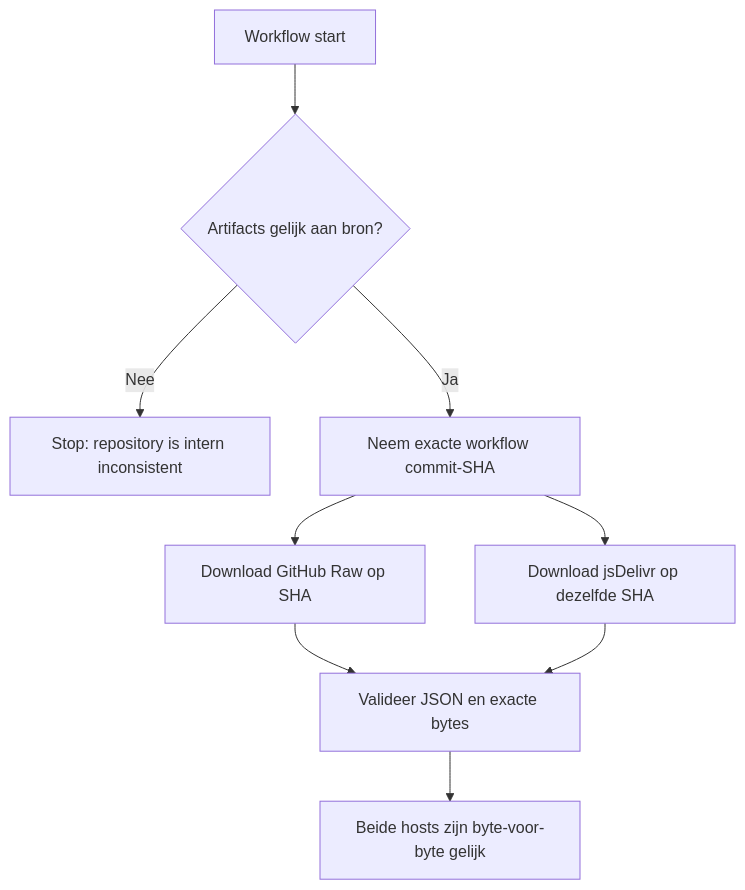
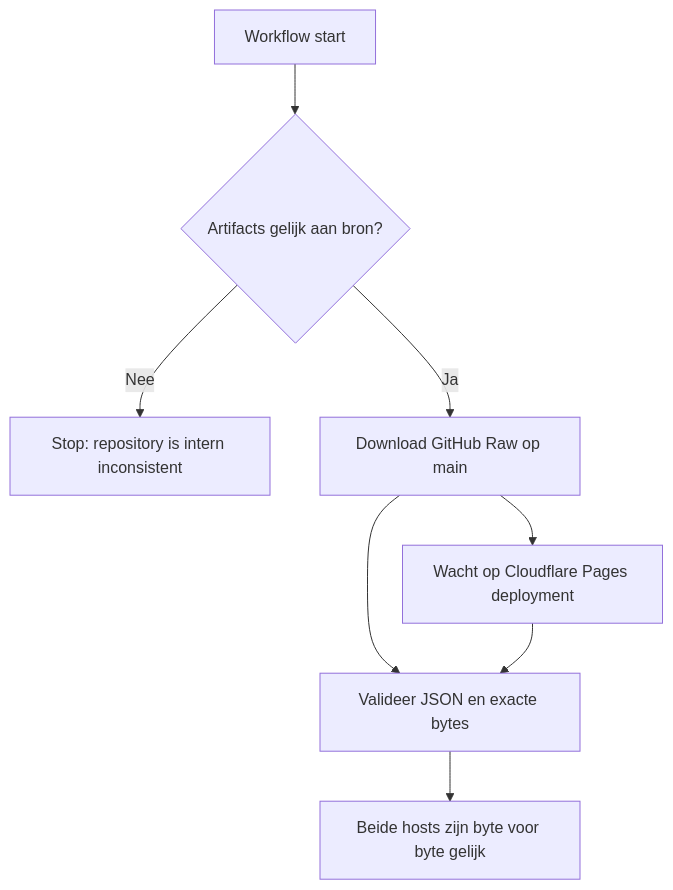
One commit to PRAxISDEVELOPMENT/mypraxis_translation_keys changed the second of 2 diagrams in README.md. Above: the diagram before and after it, drawn with Mermaid. The commit also changed other lines of this file and 15 other files, not shown here.

Commit message:
Replace jsDelivr with Cloudflare Pages CDN

````diff
--- a/README.md
+++ b/README.md
@@ -361,11 +357,10 @@
 ```mermaid
 flowchart TD
     START[Workflow start] --> SYNC{Artifacts gelijk aan bron?}
     SYNC -- Nee --> STOP[Stop: repository is intern inconsistent]
-    SYNC -- Ja --> SHA[Neem exacte workflow commit-SHA]
-    SHA --> RAW[Download GitHub Raw op SHA]
-    SHA --> CDN[Download jsDelivr op dezelfde SHA]
+    SYNC -- Ja --> RAW[Download GitHub Raw op main]
+    RAW --> CDN[Wacht op Cloudflare Pages deployment]
     RAW --> VERIFY[Valideer JSON en exacte bytes]
     CDN --> VERIFY
-    VERIFY --> DONE[Beide hosts zijn byte-voor-byte gelijk]
+    VERIFY --> DONE[Beide hosts zijn byte voor byte gelijk]
 ```
````
